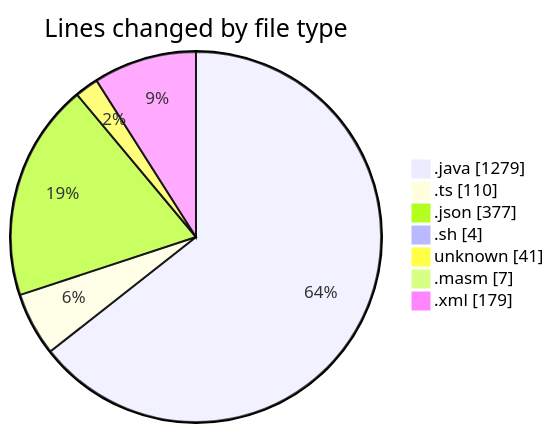
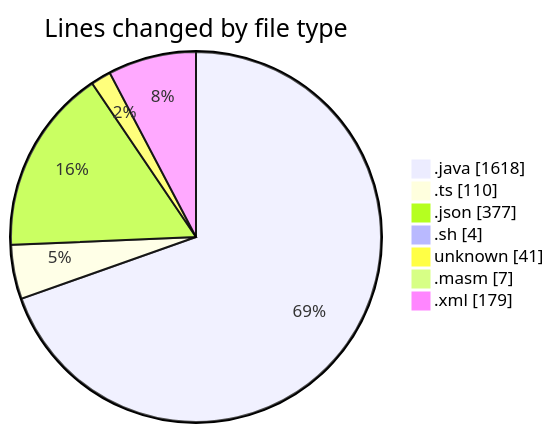
Before and after one commit to charlie-sans/code-tracking: the first of 2 diagrams in 2025-02-20/micros/README.md, drawn with Mermaid. The commit also changed other lines of this file and 1 other file, not shown here.

````diff
--- a/2025-02-20/micros/README.md
+++ b/2025-02-20/micros/README.md
@@ -35,11 +36,11 @@
 ```mermaid
 pie showData
 title Lines changed by file type
-".java" : 1279
+".java" : 1618
 ".ts" : 110
 ".json" : 377
 ".sh" : 4
 "unknown" : 41
 ".masm" : 7
 ".xml" : 179
 ```
````
